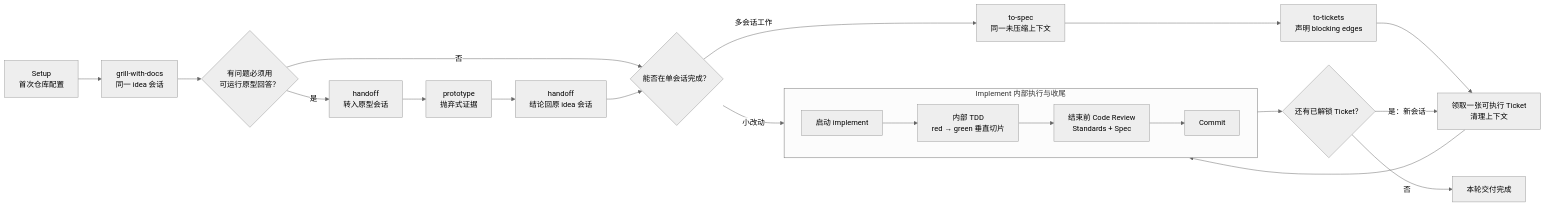
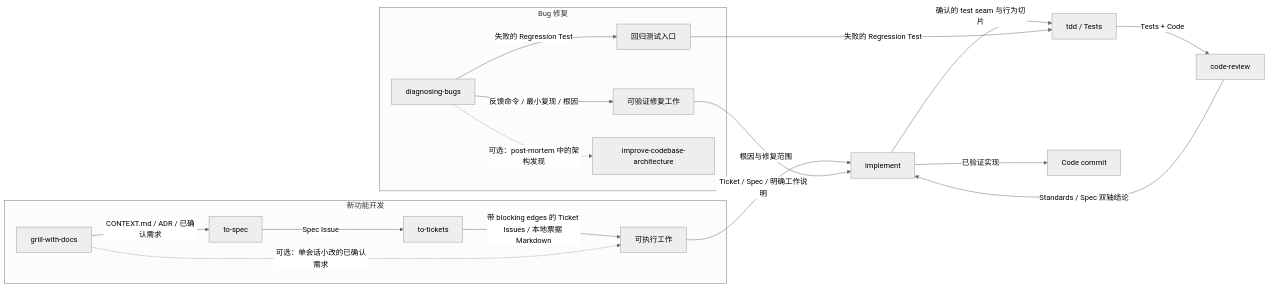
Before and after one commit to kangapp/ai-knowledge-base: the third of 5 diagrams in docs/analysis/mattpocock-skills/skills-workflow-diagram.md, drawn with Mermaid (neutral theme). The commit also changed other lines of this file, not shown here.

````diff
--- a/docs/analysis/mattpocock-skills/skills-workflow-diagram.md
+++ b/docs/analysis/mattpocock-skills/skills-workflow-diagram.md
@@ -25,28 +130,23 @@
 ```mermaid
 flowchart LR
-    Setup["Setup<br/>首次仓库配置"] --> Grill["grill-with-docs<br/>同一 idea 会话"]
-    Grill --> NeedPrototype{"有问题必须用<br/>可运行原型回答？"}
-
-    NeedPrototype -->|"是"| Out["handoff<br/>转入原型会话"]
-    Out --> Prototype["prototype<br/>抛弃式证据"]
-    Prototype --> Back["handoff<br/>结论回原 idea 会话"]
-    NeedPrototype -->|"否"| Size{"能否在单会话完成？"}
-    Back --> Size
-
-    Size -->|"小改动"| Start["启动 implement"]
-    Size -->|"多会话工作"| Spec["to-spec<br/>同一未压缩上下文"]
-    Spec --> Tickets["to-tickets<br/>声明 blocking edges"]
-    Tickets --> Fresh["领取一张可执行 Ticket<br/>清理上下文"]
-    Fresh --> Start
-
-    subgraph Implement["Implement 内部执行与收尾"]
-        direction LR
-        Start --> Slice["内部 TDD<br/>red → green 垂直切片"]
-        Slice --> Review["结束前 Code Review<br/>Standards + Spec"]
-        Review --> Commit["Commit"]
+    subgraph Feature["新功能开发"]
+        GrillDocs["grill-with-docs"] -->|"CONTEXT.md / ADR / 已确认需求"| ToSpec["to-spec"]
+        ToSpec -->|"Spec Issue"| ToTickets["to-tickets"]
+        ToTickets -->|"带 blocking edges 的 Ticket Issues / 本地票据 Markdown"| FeatureJoin["可执行工作"]
+        GrillDocs -.->|"可选：单会话小改的已确认需求"| FeatureJoin
     end
 
-    Commit --> More{"还有已解锁 Ticket？"}
-    More -->|"是：新会话"| Fresh
-    More -->|"否"| Done["本轮交付完成"]
+    subgraph Bugfix["Bug 修复"]
+        Diagnose["diagnosing-bugs"] -->|"反馈命令 / 最小复现 / 根因"| BugJoin["可验证修复工作"]
+        Diagnose -->|"失败的 Regression Test"| Regression["回归测试入口"]
+        Diagnose -.->|"可选：post-mortem 中的架构发现"| Improve["improve-codebase-architecture"]
+    end
+
+    FeatureJoin -->|"Ticket / Spec / 明确工作说明"| SharedImplement["implement"]
+    BugJoin -->|"根因与修复范围"| SharedImplement
+    SharedImplement -->|"确认的 test seam 与行为切片"| SharedTDD["tdd / Tests"]
+    Regression -->|"失败的 Regression Test"| SharedTDD
+    SharedTDD -->|"Tests + Code"| SharedReview["code-review"]
+    SharedReview -->|"Standards / Spec 双轴结论"| SharedImplement
+    SharedImplement -->|"已验证实现"| Commit["Code commit"]
 ```
````
